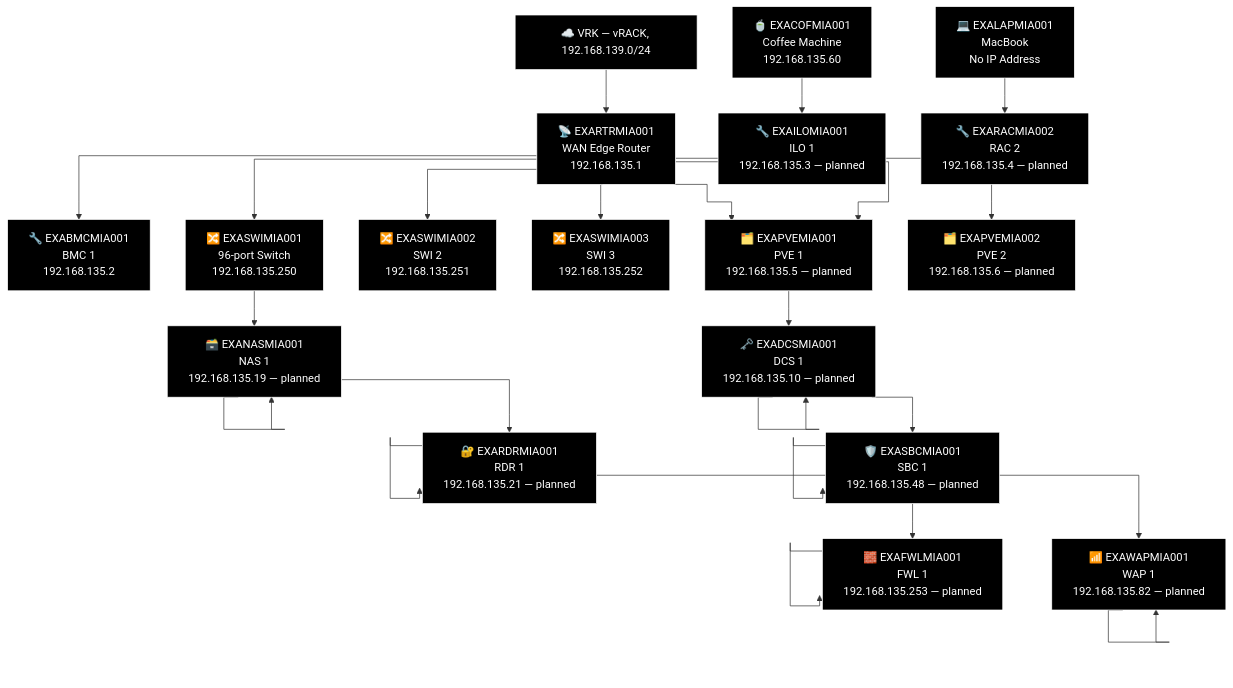
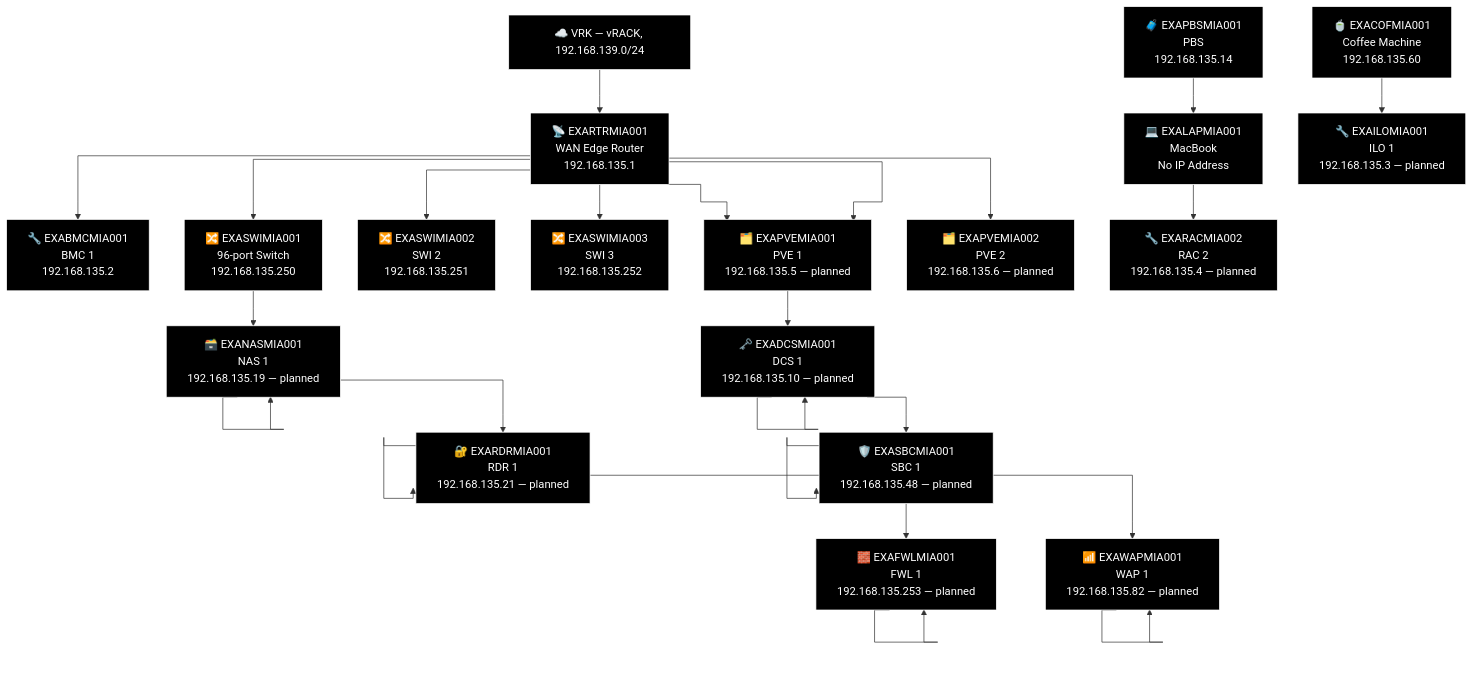
One commit to knightmare2600/example_music_infra changed diagram 11 of 21 in docs/network-diagram/united-states.md. Above: the diagram before and after it, drawn with Mermaid. The commit also changed other lines of this file and 14 other files, not shown here.

First line of the commit message:
docs/network-diagram: regenerate, every site was missing its PBS node

````diff
--- a/docs/network-diagram/united-states.md
+++ b/docs/network-diagram/united-states.md
@@ -501,68 +509,70 @@
 ```mermaid
 %% GENERATED:TOPOLOGY:MIA:START
 %%{init: {'flowchart': {'curve': 'stepAfter'}}}%%
 graph TD
     T_VRK["☁️ VRK — vRACK, 192.168.139.0/24"]
     T_RTR["📡 EXARTRMIA001<br/>WAN Edge Router<br/>192.168.135.1"]
     T_VRK --> T_RTR
     T_BMC["🔧 EXABMCMIA001<br/>BMC 1<br/>192.168.135.2"]
     T_RTR --> T_BMC
     T_PVE["🗂️ EXAPVEMIA001<br/>PVE 1<br/>192.168.135.5"]
     T_RTR --> T_PVE
     T_SWI["🔀 EXASWIMIA002<br/>SWI 2<br/>192.168.135.251"]
     T_RTR --> T_SWI
     T_SWI2["🔀 EXASWIMIA003<br/>SWI 3<br/>192.168.135.252"]
     T_RTR --> T_SWI2
     T_SWI3["🔀 EXASWIMIA001<br/>96-port Switch<br/>192.168.135.250"]
     T_RTR --> T_SWI3
     T_PVE["🗂️ EXAPVEMIA001<br/>PVE 1<br/>192.168.135.5 — planned"]
     T_RTR --> T_PVE
     T_PVE2["🗂️ EXAPVEMIA002<br/>PVE 2<br/>192.168.135.6 — planned"]
     T_RTR --> T_PVE2
     T_NAS["🗃️ EXANASMIA001<br/>NAS<br/>192.168.135.19"]
     T_NAS["🗃️ EXANASMIA001<br/>NAS 1<br/>192.168.135.19 — planned"]
     T_RDR["🔐 EXARDRMIA001<br/>RDR<br/>192.168.135.21"]
     T_RDR["🔐 EXARDRMIA001<br/>RDR 1<br/>192.168.135.21 — planned"]
     T_WAP["📶 EXAWAPMIA001<br/>WAP 1<br/>192.168.135.82"]
     T_WAP["📶 EXAWAPMIA001<br/>WAP 1<br/>192.168.135.82 — planned"]
     T_SWI3 --> T_NAS --> T_NAS --> T_RDR --> T_RDR --> T_WAP --> T_WAP
     T_DCS["🗝️ EXADCSMIA001<br/>DCS 1<br/>192.168.135.10"]
     T_DCS["🗝️ EXADCSMIA001<br/>DCS 1<br/>192.168.135.10 — planned"]
     T_SBC["🛡️ EXASBCMIA001<br/>SBC<br/>192.168.135.48"]
     T_SBC["🛡️ EXASBCMIA001<br/>SBC 1<br/>192.168.135.48 — planned"]
     T_FWL["🧱 EXAFWLMIA001<br/>LAN Face<br/>192.168.135.253"]
     T_FWL["🧱 EXAFWLMIA001<br/>FWL 1<br/>192.168.135.253 — planned"]
     T_PVE --> T_DCS --> T_DCS --> T_SBC --> T_SBC --> T_FWL --> T_FWL
+    T_PBS["🧳 EXAPBSMIA001<br/>PBS<br/>192.168.135.14"]
     T_COF["🍵 EXACOFMIA001<br/>Coffee Machine<br/>192.168.135.60"]
     T_LAP["💻 EXALAPMIA001<br/>MacBook<br/>No IP Address"]
     T_ILO["🔧 EXAILOMIA001<br/>ILO 1<br/>192.168.135.3 — planned"]
     T_RAC["🔧 EXARACMIA002<br/>RAC 2<br/>192.168.135.4 — planned"]
+    T_PBS --> T_LAP --> T_RAC
     T_COF --> T_ILO
-    T_LAP --> T_RAC
     style T_VRK fill:#000000,stroke:#FFFFFF,color:#FFFFFF
     style T_RTR fill:#000000,stroke:#FFFFFF,color:#FFFFFF
     style T_BMC fill:#000000,stroke:#FFFFFF,color:#FFFFFF
     style T_PVE fill:#000000,stroke:#FFFFFF,color:#FFFFFF
     style T_SWI fill:#000000,stroke:#FFFFFF,color:#FFFFFF
     style T_SWI2 fill:#000000,stroke:#FFFFFF,color:#FFFFFF
     style T_SWI3 fill:#000000,stroke:#FFFFFF,color:#FFFFFF
     style T_PVE fill:#000000,stroke:#FFFFFF,color:#FFFFFF
     style T_PVE2 fill:#000000,stroke:#FFFFFF,color:#FFFFFF
     style T_NAS fill:#000000,stroke:#FFFFFF,color:#FFFFFF
     style T_NAS fill:#000000,stroke:#FFFFFF,color:#FFFFFF
     style T_RDR fill:#000000,stroke:#FFFFFF,color:#FFFFFF
     style T_RDR fill:#000000,stroke:#FFFFFF,color:#FFFFFF
     style T_WAP fill:#000000,stroke:#FFFFFF,color:#FFFFFF
     style T_WAP fill:#000000,stroke:#FFFFFF,color:#FFFFFF
     style T_DCS fill:#000000,stroke:#FFFFFF,color:#FFFFFF
     style T_DCS fill:#000000,stroke:#FFFFFF,color:#FFFFFF
     style T_SBC fill:#000000,stroke:#FFFFFF,color:#FFFFFF
     style T_SBC fill:#000000,stroke:#FFFFFF,color:#FFFFFF
     style T_FWL fill:#000000,stroke:#FFFFFF,color:#FFFFFF
     style T_FWL fill:#000000,stroke:#FFFFFF,color:#FFFFFF
+    style T_PBS fill:#000000,stroke:#FFFFFF,color:#FFFFFF
     style T_COF fill:#000000,stroke:#FFFFFF,color:#FFFFFF
     style T_LAP fill:#000000,stroke:#FFFFFF,color:#FFFFFF
     style T_ILO fill:#000000,stroke:#FFFFFF,color:#FFFFFF
     style T_RAC fill:#000000,stroke:#FFFFFF,color:#FFFFFF
 %% GENERATED:TOPOLOGY:MIA:END
 ```
````
